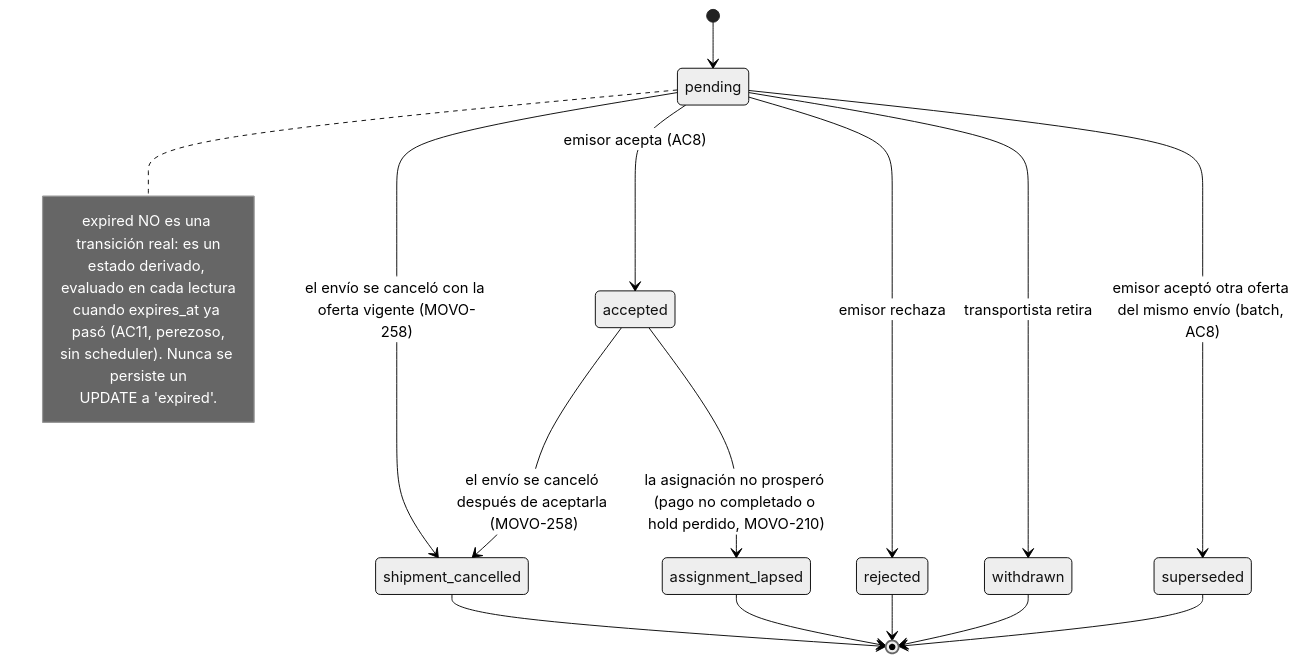
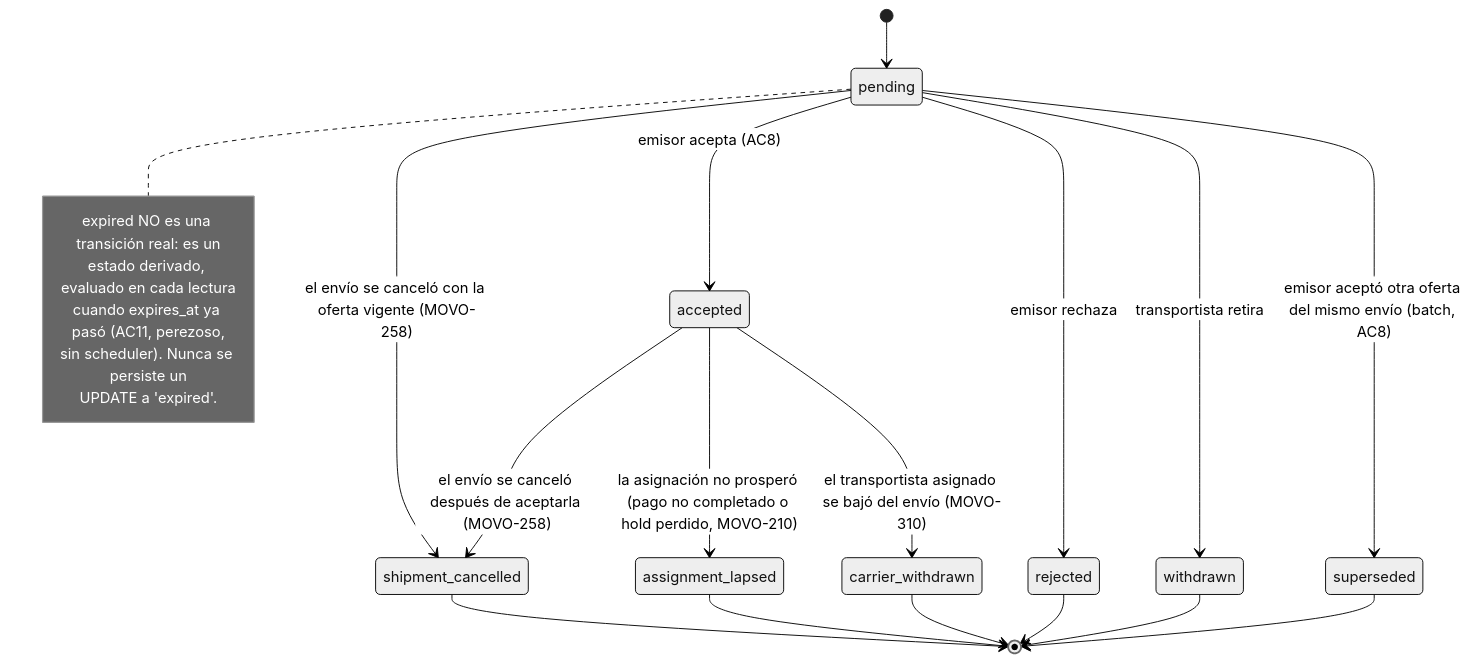
Before and after one commit to movosend/movo: the diagram in docs/shipments/offer-state-diagram.md, drawn with Mermaid (neutral theme). The commit also changed other lines of this file and 7 other files, not shown here.

First line of the commit message:
docs: baja del transportista en diagramas, ADR-047/044 e historiales

````diff
--- a/docs/shipments/offer-state-diagram.md
+++ b/docs/shipments/offer-state-diagram.md
@@ -21,26 +21,28 @@
 ```mermaid
 stateDiagram-v2
     [*] --> pending
 
     pending --> accepted: emisor acepta (AC8)
     pending --> rejected: emisor rechaza
     pending --> withdrawn: transportista retira
     pending --> superseded: emisor aceptó otra oferta del mismo envío (batch, AC8)
     pending --> shipment_cancelled: el envío se canceló con la oferta vigente (MOVO-258)
     accepted --> shipment_cancelled: el envío se canceló después de aceptarla (MOVO-258)
     accepted --> assignment_lapsed: la asignación no prosperó (pago no completado o hold perdido, MOVO-210)
+    accepted --> carrier_withdrawn: el transportista asignado se bajó del envío (MOVO-310)
 
     shipment_cancelled --> [*]
     assignment_lapsed --> [*]
+    carrier_withdrawn --> [*]
     rejected --> [*]
     withdrawn --> [*]
     superseded --> [*]
 
     note right of pending
         expired NO es una transición real: es un
         estado derivado, evaluado en cada lectura
         cuando expires_at ya pasó (AC11, perezoso,
         sin scheduler). Nunca se persiste un
         UPDATE a 'expired'.
     end note
 ```
````
